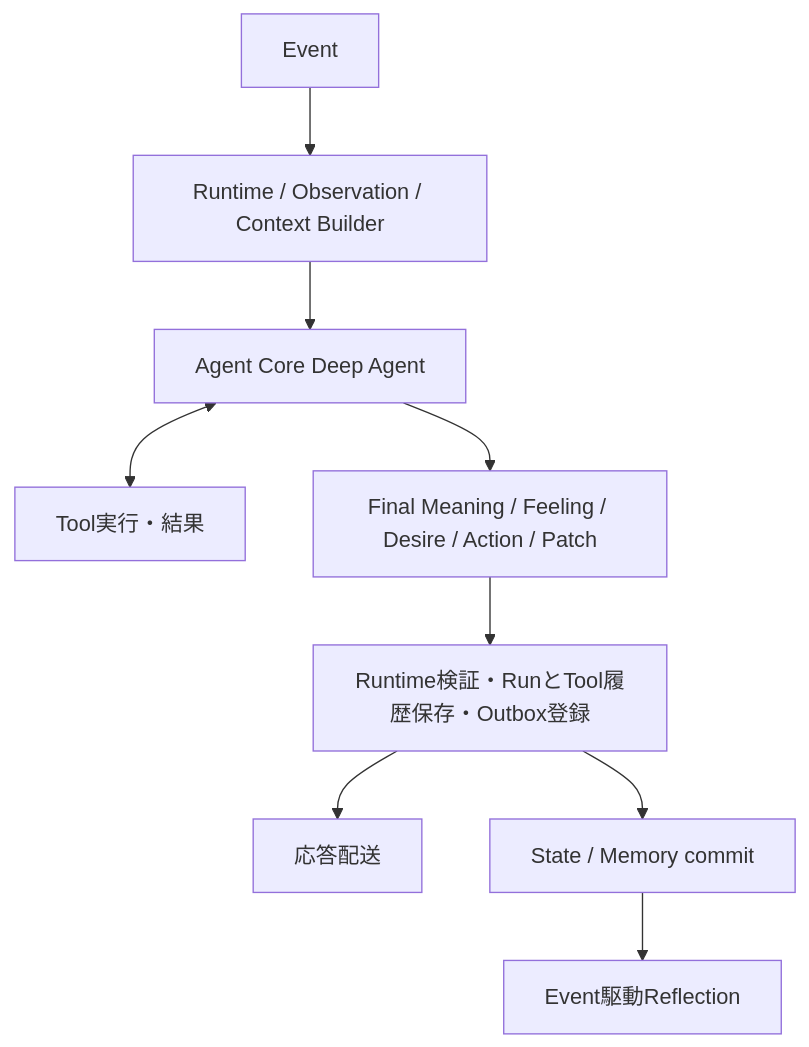
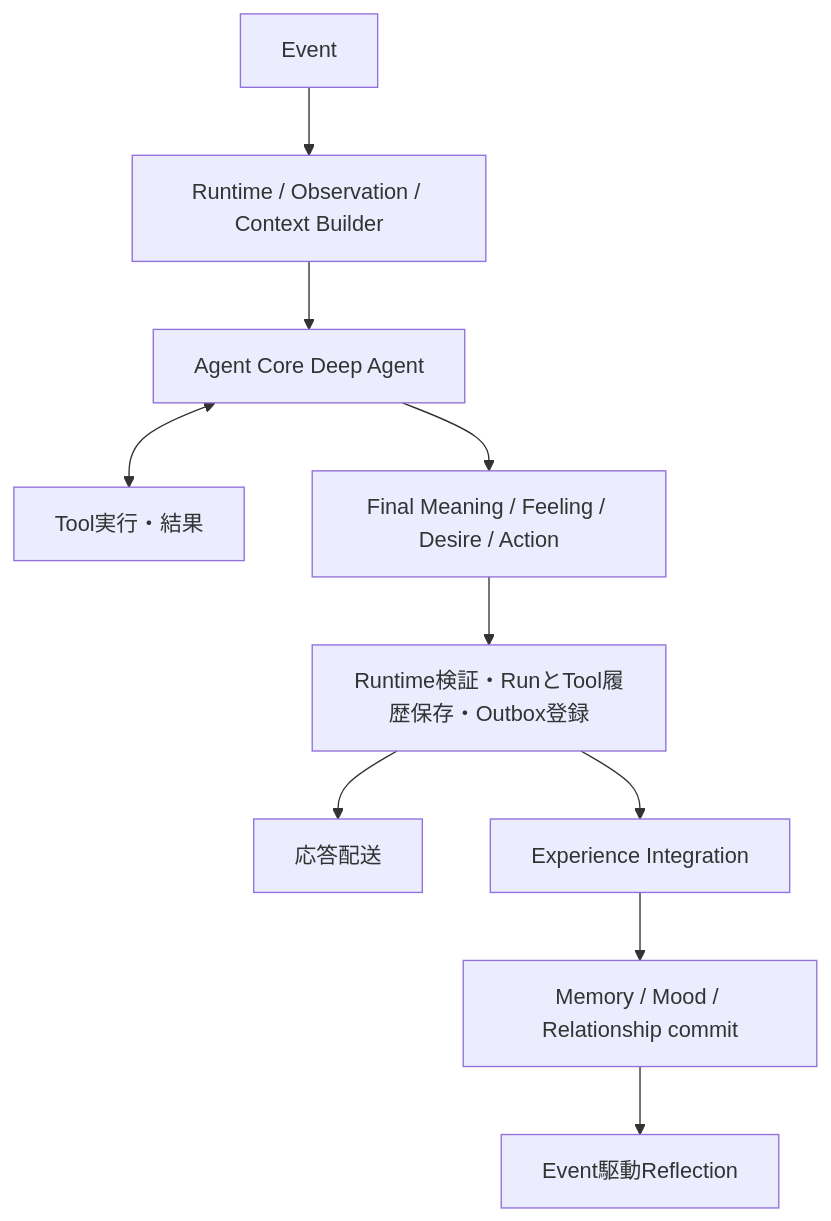
Before and after one commit to if001/social_agent: the diagram in spec/personal-agent-implementation-design-v2.md, drawn with Mermaid. The commit also changed other lines of this file and 31 other files, not shown here.

Commit message:
feat: add experience integration after agent core

````diff
--- a/spec/personal-agent-implementation-design-v2.md
+++ b/spec/personal-agent-implementation-design-v2.md
@@ -73,11 +73,12 @@
 ```mermaid
 flowchart TD
   E[Event] --> R[Runtime / Observation / Context Builder]
   R --> C[Agent Core Deep Agent]
   C <--> T[Tool実行・結果]
-  C --> O[Final Meaning / Feeling / Desire / Action / Patch]
+  C --> O[Final Meaning / Feeling / Desire / Action]
   O --> V[Runtime検証・RunとTool履歴保存・Outbox登録]
   V --> D[応答配送]
-  V --> S[State / Memory commit]
+  V --> EI[Experience Integration]
+  EI --> S[Memory / Mood / Relationship commit]
   S --> RF[Event駆動Reflection]
 ```
````
